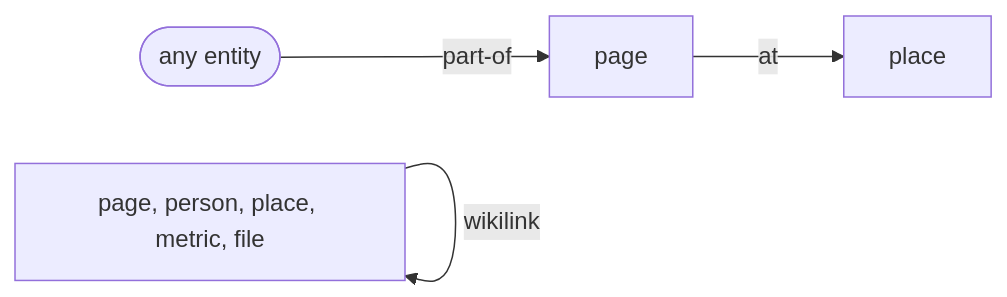
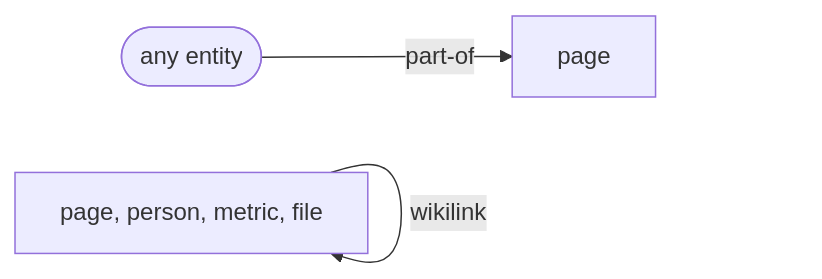
The diagram in docs/architecture/link-rules.md (alexradunet/lifelogdb), drawn with Mermaid before and after one commit. The commit also changed other lines of this file and 47 other files, not shown here.

````diff
--- a/docs/architecture/link-rules.md
+++ b/docs/architecture/link-rules.md
@@ -10,12 +9,10 @@
 ```mermaid
 %% diagram: link-map
 flowchart LR
     any(["any entity"])
-    place["place"]
     page["page"]
-    titled["page, person, place, metric, file"]
+    titled["page, person, metric, file"]
 
-    page -->|"at"| place
     any -->|"part-of"| page
     titled -->|"wikilink"| titled
 ```
````
